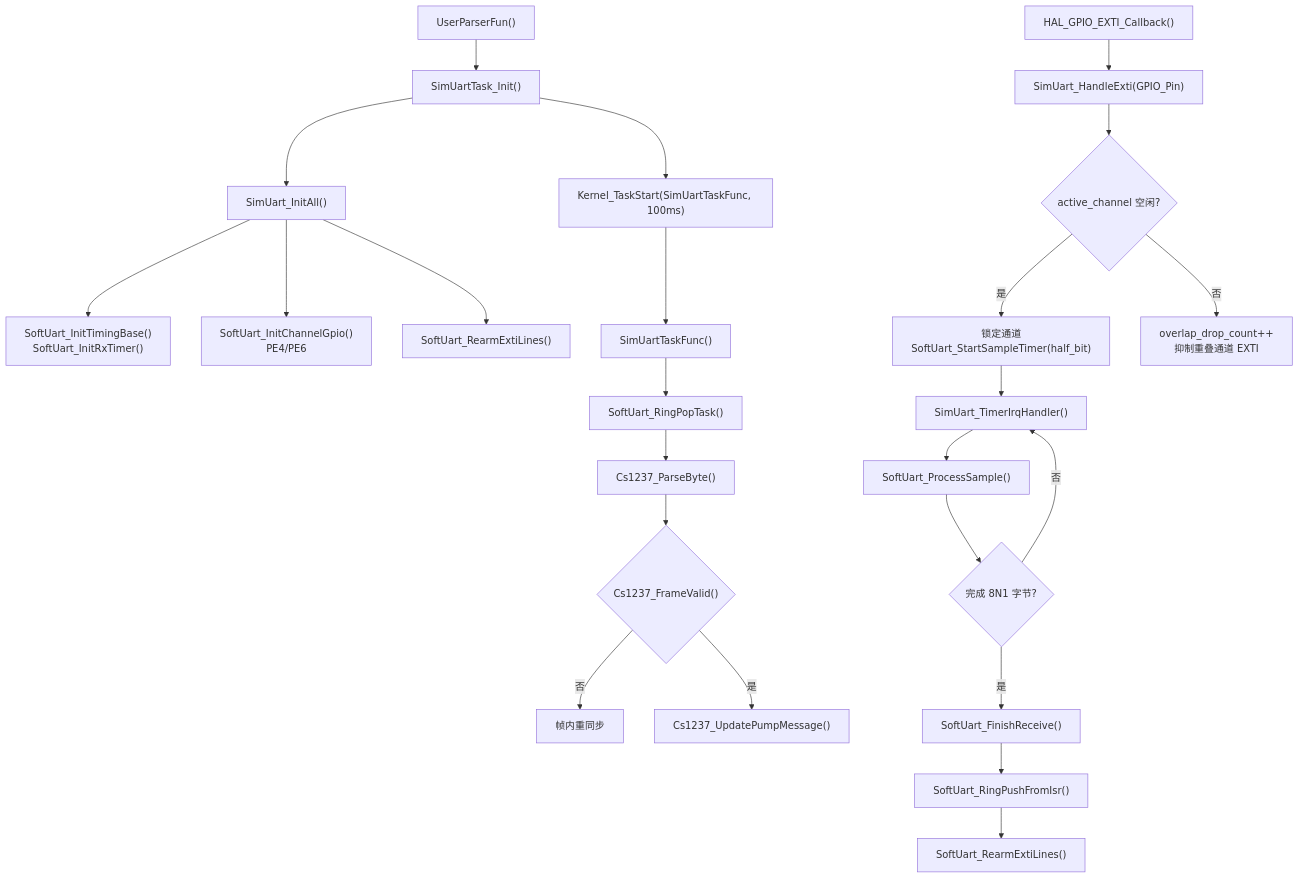
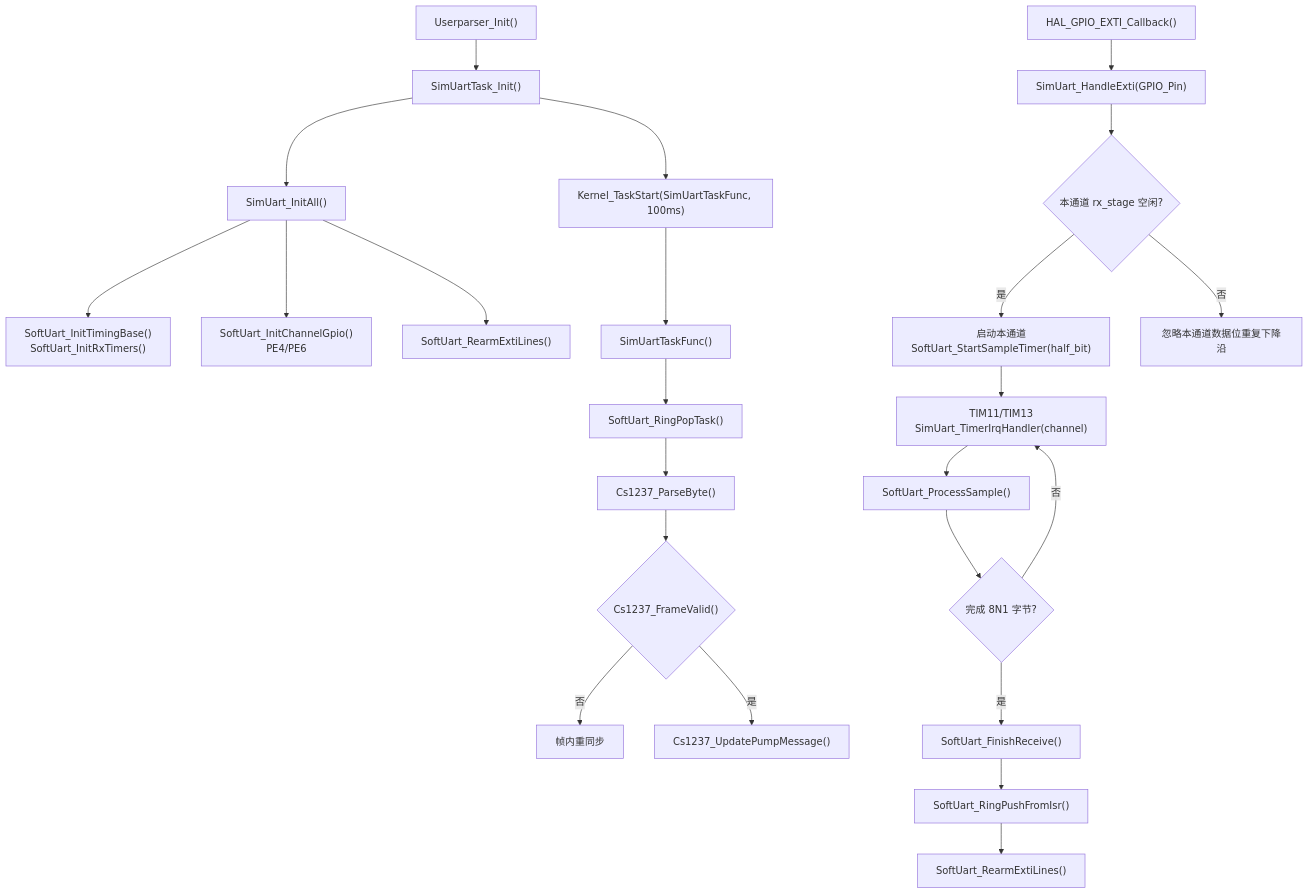
One commit to HW9711/EH-main changed diagram 16 of 22 in docs/product-software-handoff.md. Above: the diagram before and after it, drawn with Mermaid. The commit also changed other lines of this file and 46 other files, not shown here.

````diff
--- a/docs/product-software-handoff.md
+++ b/docs/product-software-handoff.md
@@ -1301,28 +1301,28 @@
 ```mermaid
 flowchart TD
-    A["UserParserFun()"] --> B["SimUartTask_Init()"]
+    A["Userparser_Init()"] --> B["SimUartTask_Init()"]
     B --> C["SimUart_InitAll()"]
-    C --> D["SoftUart_InitTimingBase()\nSoftUart_InitRxTimer()"]
+    C --> D["SoftUart_InitTimingBase()\nSoftUart_InitRxTimers()"]
     C --> E["SoftUart_InitChannelGpio()\nPE4/PE6"]
     C --> F["SoftUart_RearmExtiLines()"]
     B --> G["Kernel_TaskStart(SimUartTaskFunc, 100ms)"]
 
     H["HAL_GPIO_EXTI_Callback()"] --> I["SimUart_HandleExti(GPIO_Pin)"]
-    I --> J{"active_channel 空闲?"}
-    J -->|是| K["锁定通道\nSoftUart_StartSampleTimer(half_bit)"]
-    J -->|否| L["overlap_drop_count++\n抑制重叠通道 EXTI"]
-    K --> M["SimUart_TimerIrqHandler()"]
+    I --> J{"本通道 rx_stage 空闲?"}
+    J -->|是| K["启动本通道\nSoftUart_StartSampleTimer(half_bit)"]
+    J -->|否| L["忽略本通道数据位重复下降沿"]
+    K --> M["TIM11/TIM13\nSimUart_TimerIrqHandler(channel)"]
     M --> N["SoftUart_ProcessSample()"]
     N --> O{"完成 8N1 字节?"}
     O -->|否| M
     O -->|是| P["SoftUart_FinishReceive()"]
     P --> Q["SoftUart_RingPushFromIsr()"]
     Q --> R["SoftUart_RearmExtiLines()"]
 
     G --> S["SimUartTaskFunc()"]
     S --> T["SoftUart_RingPopTask()"]
     T --> U["Cs1237_ParseByte()"]
     U --> V{"Cs1237_FrameValid()"}
     V -->|否| W["帧内重同步"]
     V -->|是| X["Cs1237_UpdatePumpMessage()"]
 ```
````
